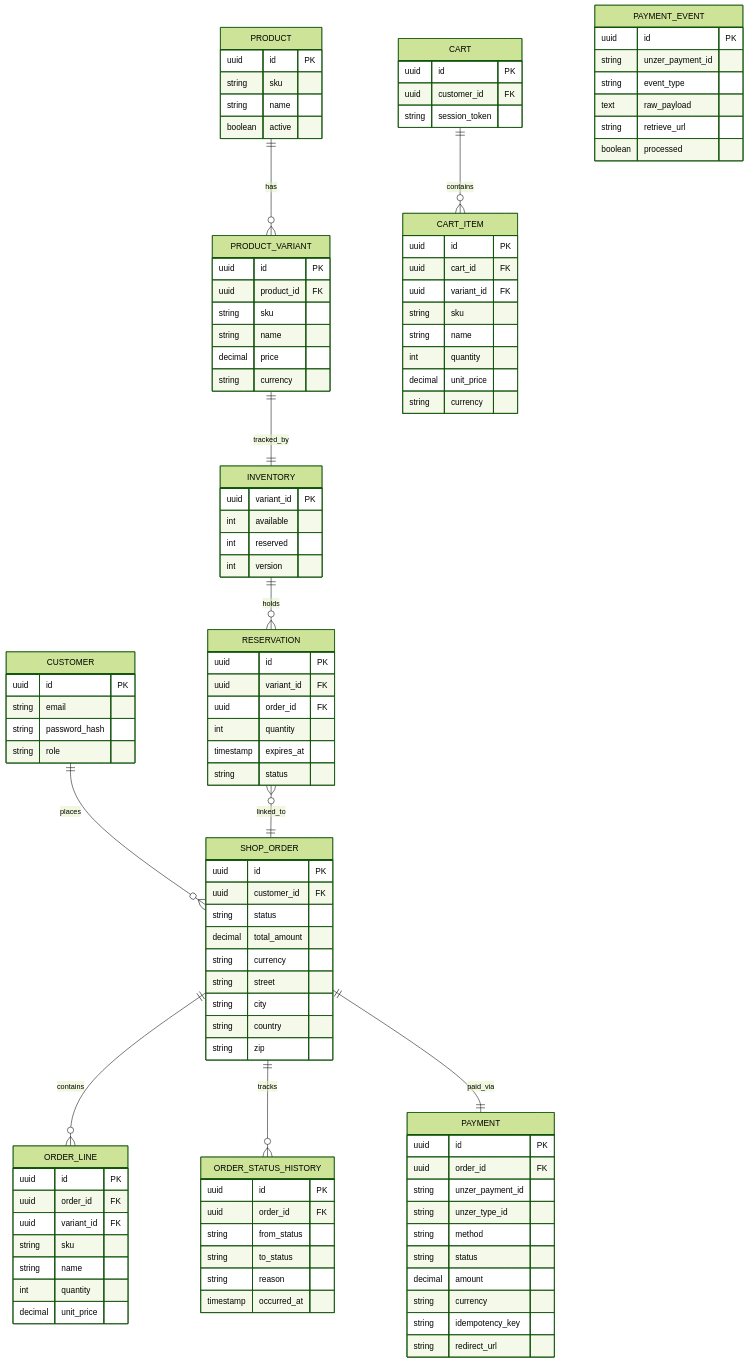
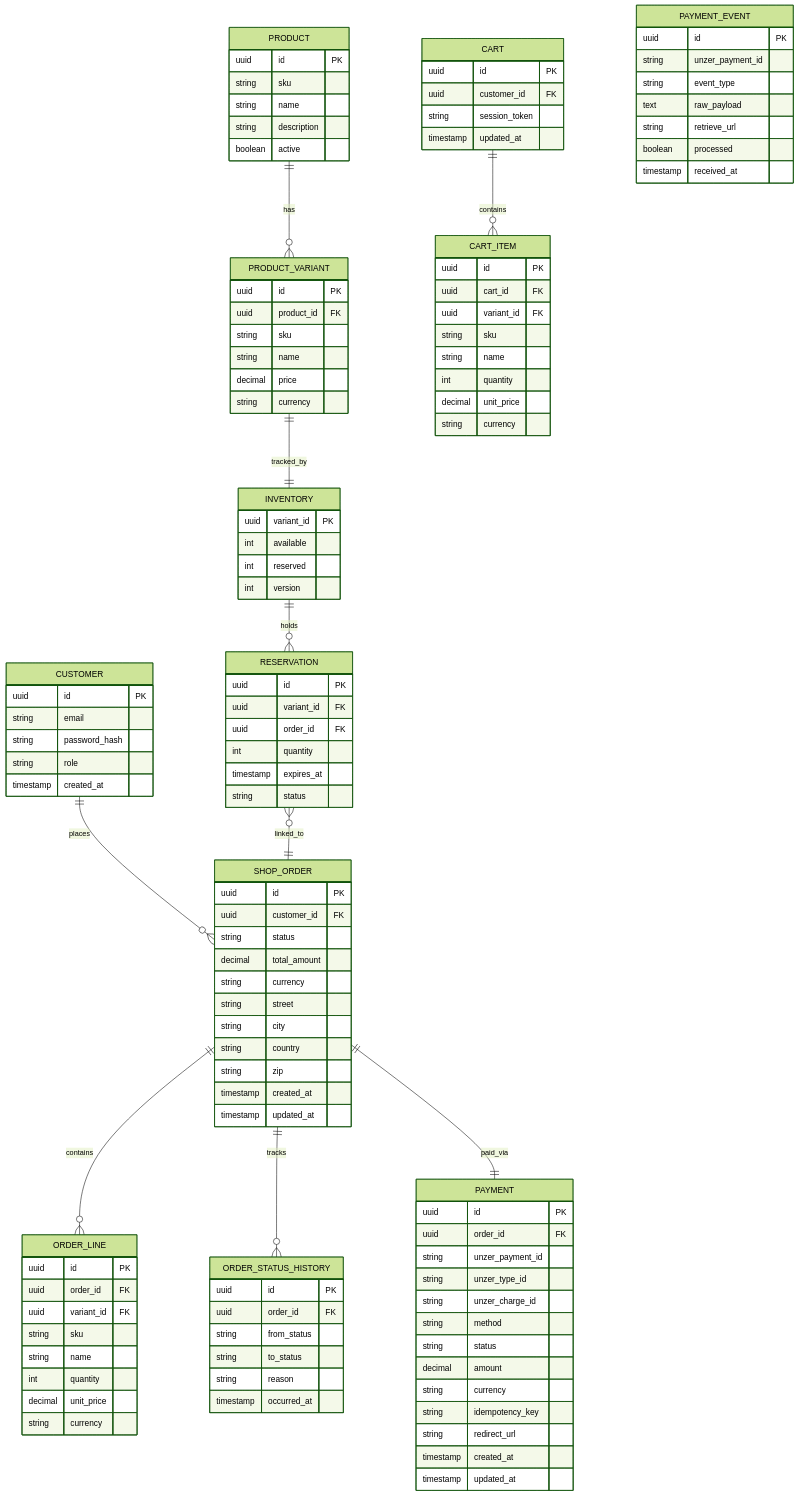
The third of 6 diagrams in architecture.md (HARrrrisoon39/Unzer-Task-Code), drawn with Mermaid (forest theme) before and after one commit. The commit also changed other lines of this file and 16 other files, not shown here.

```diff
--- a/architecture.md
+++ b/architecture.md
@@ -87,11 +70,13 @@
     string email
     string password_hash
     string role
+    timestamp created_at
   }
   PRODUCT {
     uuid id PK
     string sku
     string name
+    string description
     boolean active
   }
   PRODUCT_VARIANT {
@@ -120,6 +105,7 @@
     uuid id PK
     uuid customer_id FK
     string session_token
+    timestamp updated_at
   }
   CART_ITEM {
     uuid id PK
@@ -141,6 +127,8 @@
     string city
     string country
     string zip
+    timestamp created_at
+    timestamp updated_at
   }
   ORDER_LINE {
     uuid id PK
@@ -150,6 +138,7 @@
     string name
     int quantity
     decimal unit_price
+    string currency
   }
   ORDER_STATUS_HISTORY {
     uuid id PK
@@ -164,12 +153,15 @@
     uuid order_id FK
     string unzer_payment_id
     string unzer_type_id
+    string unzer_charge_id
     string method
     string status
     decimal amount
     string currency
     string idempotency_key
     string redirect_url
+    timestamp created_at
+    timestamp updated_at
   }
   PAYMENT_EVENT {
     uuid id PK
@@ -178,6 +170,7 @@
     text raw_payload
     string retrieve_url
     boolean processed
+    timestamp received_at
   }
 
   CUSTOMER ||--o{ SHOP_ORDER : places
```
